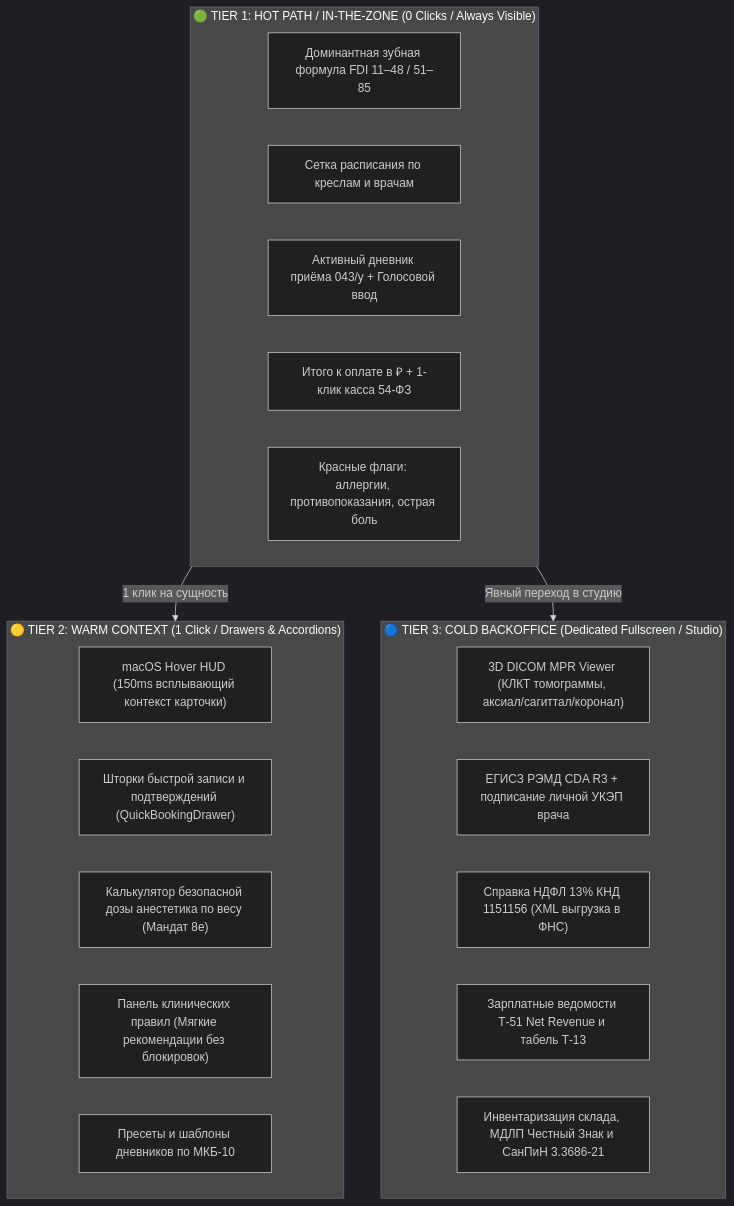
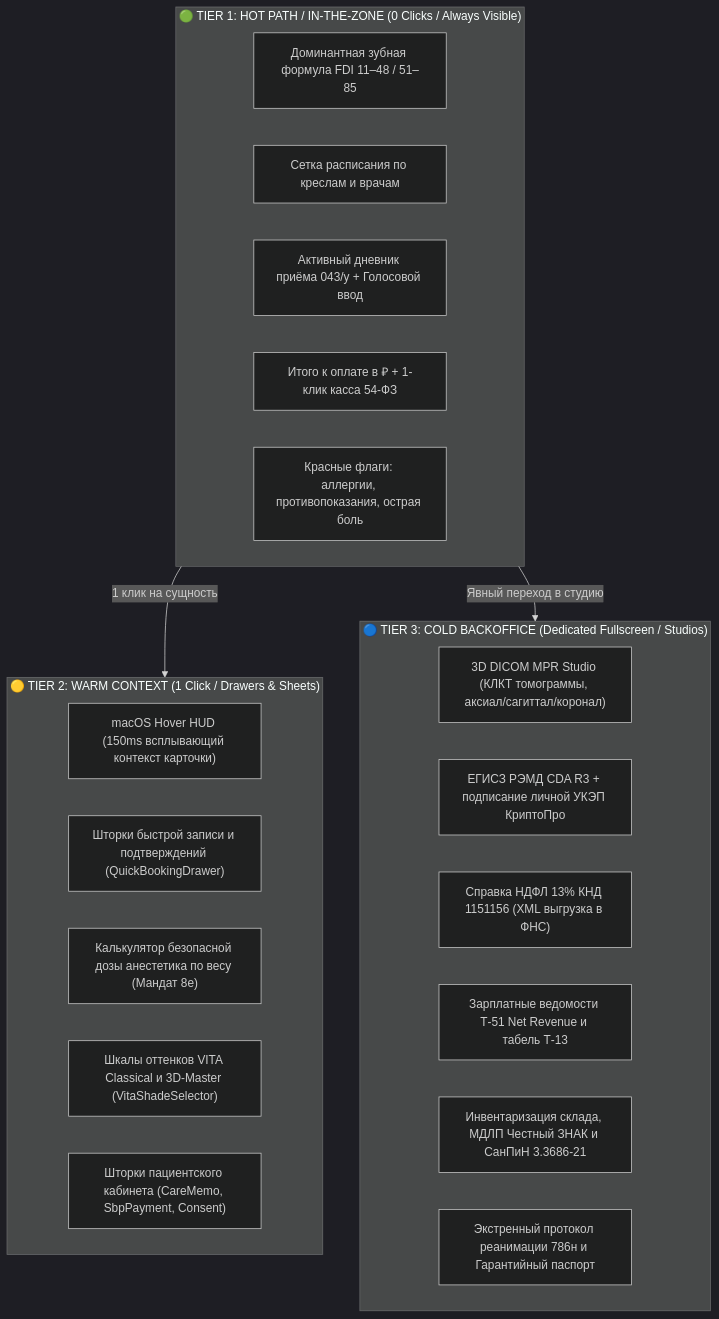
Before and after one commit to marko1olo/dental-crm: the diagram in docs/competitive-audit/FRONTEND_COMPONENTS_DEEP_MAP.md, drawn with Mermaid (dark theme). The commit also changed other lines of this file and 108 other files, not shown here.

````diff
--- a/docs/competitive-audit/FRONTEND_COMPONENTS_DEEP_MAP.md
+++ b/docs/competitive-audit/FRONTEND_COMPONENTS_DEEP_MAP.md
@@ -14,29 +14,30 @@
 ```mermaid
 graph TD
     subgraph TIER_1["🟢 TIER 1: HOT PATH / IN-THE-ZONE (0 Clicks / Always Visible)"]
         T1_1["Доминантная зубная формула FDI 11–48 / 51–85"]
         T1_2["Сетка расписания по креслам и врачам"]
         T1_3["Активный дневник приёма 043/у + Голосовой ввод"]
         T1_4["Итого к оплате в ₽ + 1-клик касса 54-ФЗ"]
         T1_5["Красные флаги: аллергии, противопоказания, острая боль"]
     end
 
-    subgraph TIER_2["🟡 TIER 2: WARM CONTEXT (1 Click / Drawers & Accordions)"]
+    subgraph TIER_2["🟡 TIER 2: WARM CONTEXT (1 Click / Drawers & Sheets)"]
         T2_1["macOS Hover HUD (150ms всплывающий контекст карточки)"]
         T2_2["Шторки быстрой записи и подтверждений (QuickBookingDrawer)"]
         T2_3["Калькулятор безопасной дозы анестетика по весу (Мандат 8e)"]
-        T2_4["Панель клинических правил (Мягкие рекомендации без блокировок)"]
-        T2_5["Пресеты и шаблоны дневников по МКБ-10"]
+        T2_4["Шкалы оттенков VITA Classical и 3D-Master (VitaShadeSelector)"]
+        T2_5["Шторки пациентского кабинета (CareMemo, SbpPayment, Consent)"]
     end
 
-    subgraph TIER_3["🔵 TIER 3: COLD BACKOFFICE (Dedicated Fullscreen / Studio)"]
-        T3_1["3D DICOM MPR Viewer (КЛКТ томограммы, аксиал/сагиттал/коронал)"]
-        T3_2["ЕГИСЗ РЭМД CDA R3 + подписание личной УКЭП врача"]
+    subgraph TIER_3["🔵 TIER 3: COLD BACKOFFICE (Dedicated Fullscreen / Studios)"]
+        T3_1["3D DICOM MPR Studio (КЛКТ томограммы, аксиал/сагиттал/коронал)"]
+        T3_2["ЕГИСЗ РЭМД CDA R3 + подписание личной УКЭП КриптоПро"]
         T3_3["Справка НДФЛ 13% КНД 1151156 (XML выгрузка в ФНС)"]
         T3_4["Зарплатные ведомости Т-51 Net Revenue и табель Т-13"]
-        T3_5["Инвентаризация склада, МДЛП Честный Знак и СанПиН 3.3686-21"]
+        T3_5["Инвентаризация склада, МДЛП Честный ЗНАК и СанПиН 3.3686-21"]
+        T3_6["Экстренный протокол реанимации 786н и Гарантийный паспорт"]
     end
 
     TIER_1 -->|1 клик на сущность| TIER_2
     TIER_1 -->|Явный переход в студию| TIER_3
 ```
````
